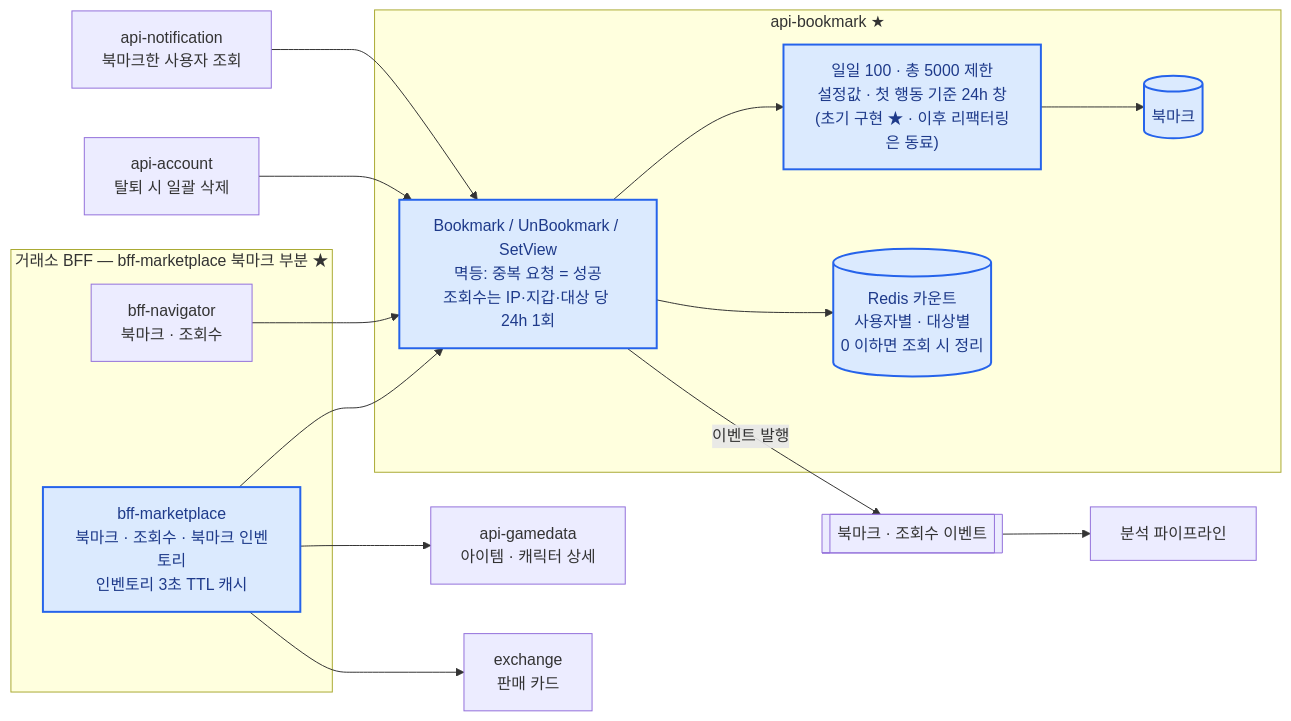
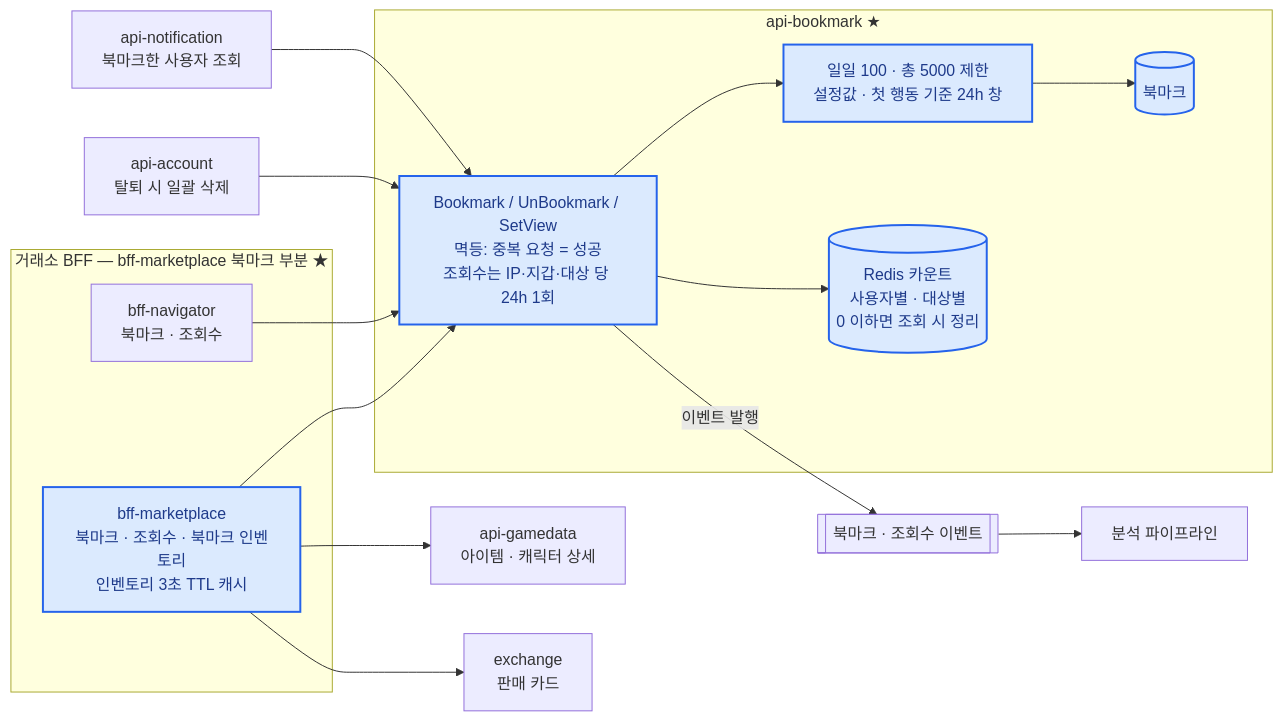
Before and after one commit to shalwxy/career: the diagram in content/diagrams/bookmark.mmd, drawn with Mermaid. The commit also changed 15 other files, not shown here.

```diff
--- a/content/diagrams/bookmark.mmd
+++ b/content/diagrams/bookmark.mmd
@@ -1,25 +1,25 @@
 %% title: api-bookmark — 북마크·조회수와 거래소 BFF
 %% title_en: api-bookmark — bookmarks / view counts and marketplace BFFs
 flowchart LR
     subgraph BFF["거래소 BFF — bff-marketplace 북마크 부분 ★"]
         M[bff-marketplace<br/>북마크 · 조회수 · 북마크 인벤토리<br/>인벤토리 3초 TTL 캐시]
         NV[bff-navigator<br/>북마크 · 조회수]
     end
     subgraph BK[api-bookmark ★]
         H[Bookmark / UnBookmark / SetView<br/>멱등: 중복 요청 = 성공<br/>조회수는 IP·지갑·대상 당 24h 1회]
-        L["일일 100 · 총 5000 제한<br/>설정값 · 첫 행동 기준 24h 창<br/>(초기 구현 ★ · 이후 리팩터링은 동료)"]
+        L["일일 100 · 총 5000 제한<br/>설정값 · 첫 행동 기준 24h 창"]
         PG[(북마크)]
         RD[(Redis 카운트<br/>사용자별 · 대상별<br/>0 이하면 조회 시 정리)]
     end
     AC[api-account<br/>탈퇴 시 일괄 삭제]
     NT[api-notification<br/>북마크한 사용자 조회]
     GD[api-gamedata<br/>아이템 · 캐릭터 상세]
     EX[exchange<br/>판매 카드]
     K[[북마크 · 조회수 이벤트]]
     M & NV --> H --> L --> PG
     H --> RD
     AC & NT --> H
     H -- 이벤트 발행 --> K --> AN[분석 파이프라인]
     M --> GD & EX
     classDef mine fill:#dbeafe,stroke:#2563eb,stroke-width:2px,color:#1e3a8a
     class M,H,L,PG,RD mine
```
